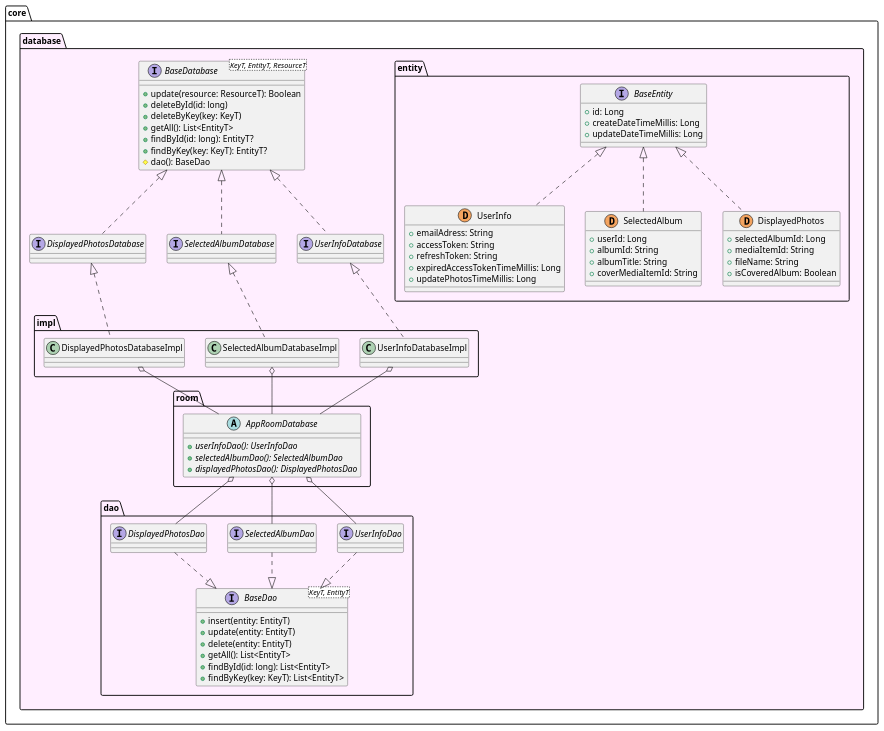
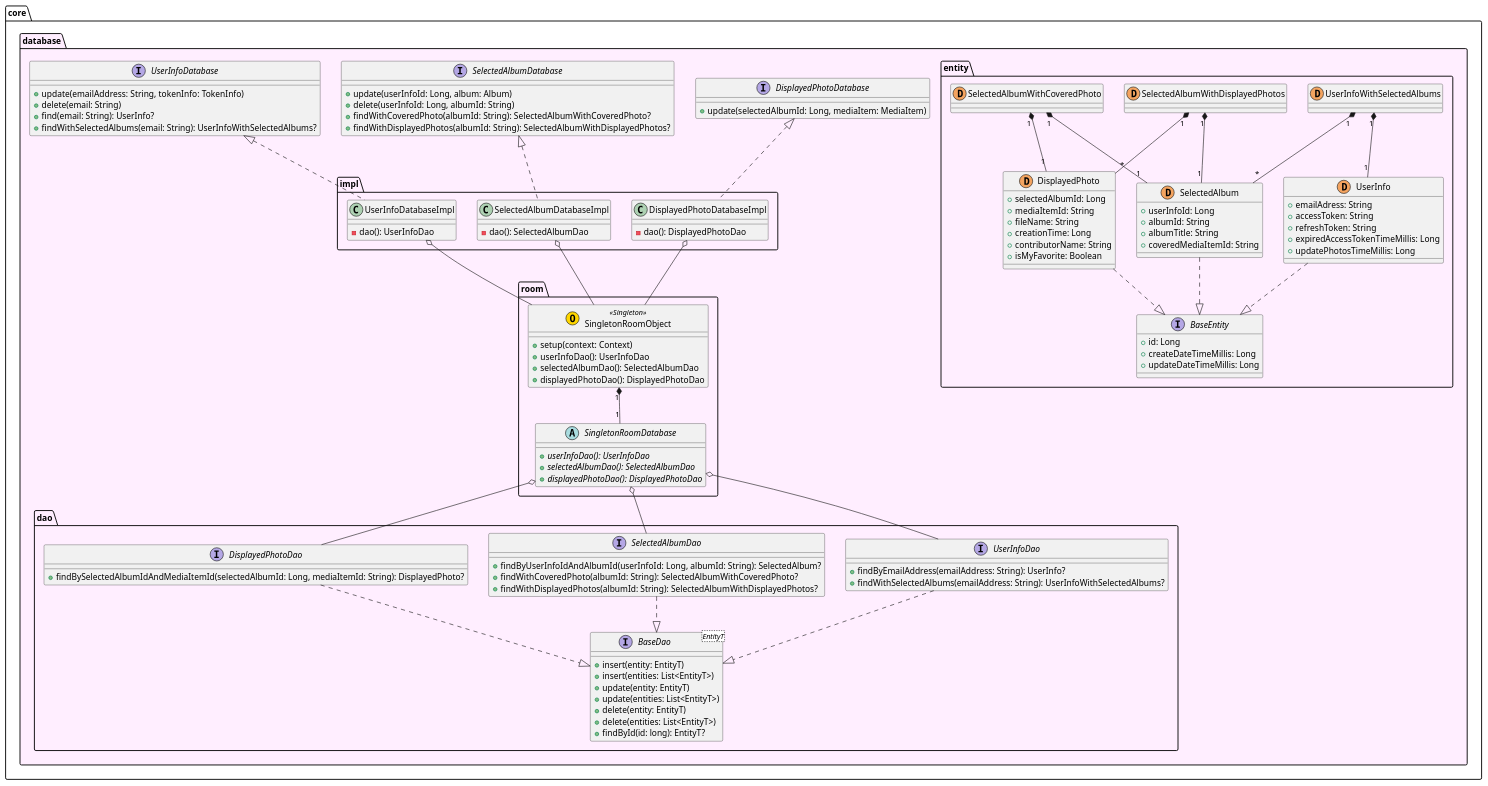
The diagram in uml/database/class_diagram_database.md (sallyluenoa/PhotoSlideShow), drawn with PlantUML before and after one commit. The commit also changed 1 other file, not shown here.

Commit message:
Write UML for design #13
* Update class_diagram_database.

```diff
--- a/uml/database/class_diagram_database.md
+++ b/uml/database/class_diagram_database.md
@@ -7,91 +7,126 @@
       + createDateTimeMillis: Long
       + updateDateTimeMillis: Long
     }
-    class UserInfo <<(D, sandybrown)>> {
+    class UserInfo << (D, sandybrown) >> {
       + emailAdress: String
       + accessToken: String
       + refreshToken: String
       + expiredAccessTokenTimeMillis: Long
       + updatePhotosTimeMillis: Long
     }
-    class SelectedAlbum <<(D, sandybrown)>> {
-      + userId: Long
+    class SelectedAlbum << (D, sandybrown) >> {
+      + userInfoId: Long
       + albumId: String
       + albumTitle: String
-      + coverMediaItemId: String
+      + coveredMediaItemId: String
     }
-    class DisplayedPhotos <<(D, sandybrown)>> {
+    class DisplayedPhoto << (D, sandybrown) >> {
       + selectedAlbumId: Long
       + mediaItemId: String
       + fileName: String
-      + isCoveredAlbum: Boolean
+      + creationTime: Long
+      + contributorName: String
+      + isMyFavorite: Boolean
     }
+    class UserInfoWithSelectedAlbums << (D, sandybrown) >>
+    class SelectedAlbumWithDisplayedPhotos << (D, sandybrown) >>
+    class SelectedAlbumWithCoveredPhoto << (D, sandybrown) >>
 
-    UserInfo .up.|> BaseEntity
-    SelectedAlbum  .up.|> BaseEntity
-    DisplayedPhotos .up.|> BaseEntity
+    UserInfo .down.|> BaseEntity
+    SelectedAlbum .down.|> BaseEntity
+    DisplayedPhoto .down.|> BaseEntity
+
+    UserInfoWithSelectedAlbums "1" *-down- "1" UserInfo
+    UserInfoWithSelectedAlbums "1" *-down- "*" SelectedAlbum
+    SelectedAlbumWithDisplayedPhotos "1" *-down- "1" SelectedAlbum
+    SelectedAlbumWithDisplayedPhotos "1" *-down- "*" DisplayedPhoto
+    SelectedAlbumWithCoveredPhoto "1" *-down- "1" SelectedAlbum
+    SelectedAlbumWithCoveredPhoto "1" *-down- "1" DisplayedPhoto
   }
 
   namespace room {
-    abstract class AppRoomDatabase {
+    class SingletonRoomObject << (O, gold) Singleton >> {
+      + setup(context: Context)
+      + userInfoDao(): UserInfoDao
+      + selectedAlbumDao(): SelectedAlbumDao
+      + displayedPhotoDao(): DisplayedPhotoDao
+    }
+    abstract class SingletonRoomDatabase {
       + {abstract} userInfoDao(): UserInfoDao
       + {abstract} selectedAlbumDao(): SelectedAlbumDao
-      + {abstract} displayedPhotosDao(): DisplayedPhotosDao
+      + {abstract} displayedPhotoDao(): DisplayedPhotoDao
+    }
+
+    SingletonRoomObject "1" *-down- "1" SingletonRoomDatabase
+  }
+
+  namespace dao {
+    interface BaseDao<EntityT> {
+      + insert(entity: EntityT)
+      + insert(entities: List<EntityT>)
+      + update(entity: EntityT)
+      + update(entities: List<EntityT>)
+      + delete(entity: EntityT)
+      + delete(entities: List<EntityT>)
+      + findById(id: long): EntityT?
+    }
+    interface UserInfoDao {
+      + findByEmailAddress(emailAddress: String): UserInfo?
+      + findWithSelectedAlbums(emailAddress: String): UserInfoWithSelectedAlbums?
+    }
+    interface SelectedAlbumDao {
+      + findByUserInfoIdAndAlbumId(userInfoId: Long, albumId: String): SelectedAlbum?
+      + findWithCoveredPhoto(albumId: String): SelectedAlbumWithCoveredPhoto?
+      + findWithDisplayedPhotos(albumId: String): SelectedAlbumWithDisplayedPhotos?
+    }
+    interface DisplayedPhotoDao {
+      + findBySelectedAlbumIdAndMediaItemId(selectedAlbumId: Long, mediaItemId: String): DisplayedPhoto?
+    }
+
+    UserInfoDao ..|> BaseDao
+    SelectedAlbumDao ..|> BaseDao
+    DisplayedPhotoDao ..|> BaseDao
+  }
+
+  namespace impl {
+    class UserInfoDatabaseImpl {
+      - dao(): UserInfoDao
+    }
+    class SelectedAlbumDatabaseImpl {
+      - dao(): SelectedAlbumDao
+    }
+    class DisplayedPhotoDatabaseImpl {
+      - dao(): DisplayedPhotoDao
     }
   }
 
-  namespace dao {
-    interface BaseDao<KeyT, EntityT> {
-      + insert(entity: EntityT)
-      + update(entity: EntityT)
-      + delete(entity: EntityT)
-      + getAll(): List<EntityT>
-      + findById(id: long): List<EntityT>
-      + findByKey(key: KeyT): List<EntityT>
-    }
-    interface UserInfoDao
-    interface SelectedAlbumDao
-    interface DisplayedPhotosDao
-
-    UserInfoDao ..|> BaseDao
-    SelectedAlbumDao ..|> BaseDao
-    DisplayedPhotosDao ..|> BaseDao
+  interface UserInfoDatabase {
+    + update(emailAddress: String, tokenInfo: TokenInfo)
+    + delete(email: String)
+    + find(email: String): UserInfo?
+    + findWithSelectedAlbums(email: String): UserInfoWithSelectedAlbums?
   }
-
-  namespace impl {
-    class UserInfoDatabaseImpl
-    class SelectedAlbumDatabaseImpl
-    class DisplayedPhotosDatabaseImpl
+  interface SelectedAlbumDatabase {
+    + update(userInfoId: Long, album: Album)
+    + delete(userInfoId: Long, albumId: String)
+    + findWithCoveredPhoto(albumId: String): SelectedAlbumWithCoveredPhoto?
+    + findWithDisplayedPhotos(albumId: String): SelectedAlbumWithDisplayedPhotos?
   }
-
-  interface BaseDatabase<KeyT, EntityT, ResourceT> {
-    + update(resource: ResourceT): Boolean
-    + deleteById(id: long)
-    + deleteByKey(key: KeyT)
-    + getAll(): List<EntityT>
-    + findById(id: long): EntityT?
-    + findByKey(key: KeyT): EntityT?
-    # dao(): BaseDao
+  interface DisplayedPhotoDatabase {
+    + update(selectedAlbumId: Long, mediaItem: MediaItem)
   }
-  interface UserInfoDatabase
-  interface SelectedAlbumDatabase
-  interface DisplayedPhotosDatabase
-
-  UserInfoDatabase .up.|> BaseDatabase
-  SelectedAlbumDatabase .up.|> BaseDatabase
-  DisplayedPhotosDatabase .up.|> BaseDatabase
 }
 
 core.database.impl.UserInfoDatabaseImpl .up.|> core.database.UserInfoDatabase
 core.database.impl.SelectedAlbumDatabaseImpl .up.|> core.database.SelectedAlbumDatabase
-core.database.impl.DisplayedPhotosDatabaseImpl .up.|> core.database.DisplayedPhotosDatabase
+core.database.impl.DisplayedPhotoDatabaseImpl .up.|> core.database.DisplayedPhotoDatabase
 
-core.database.impl.UserInfoDatabaseImpl o-down- core.database.room.AppRoomDatabase
-core.database.impl.SelectedAlbumDatabaseImpl o-down- core.database.room.AppRoomDatabase
-core.database.impl.DisplayedPhotosDatabaseImpl o-down- core.database.room.AppRoomDatabase
+core.database.impl.UserInfoDatabaseImpl o-down- core.database.room.SingletonRoomObject
+core.database.impl.SelectedAlbumDatabaseImpl o-down- core.database.room.SingletonRoomObject
+core.database.impl.DisplayedPhotoDatabaseImpl o-down- core.database.room.SingletonRoomObject
 
-core.database.room.AppRoomDatabase o-down- core.database.dao.UserInfoDao
-core.database.room.AppRoomDatabase o-down- core.database.dao.SelectedAlbumDao
-core.database.room.AppRoomDatabase o-down- core.database.dao.DisplayedPhotosDao
+core.database.room.SingletonRoomDatabase o-down- core.database.dao.UserInfoDao
+core.database.room.SingletonRoomDatabase o-down- core.database.dao.SelectedAlbumDao
+core.database.room.SingletonRoomDatabase o-down- core.database.dao.DisplayedPhotoDao
 
 @enduml
```
